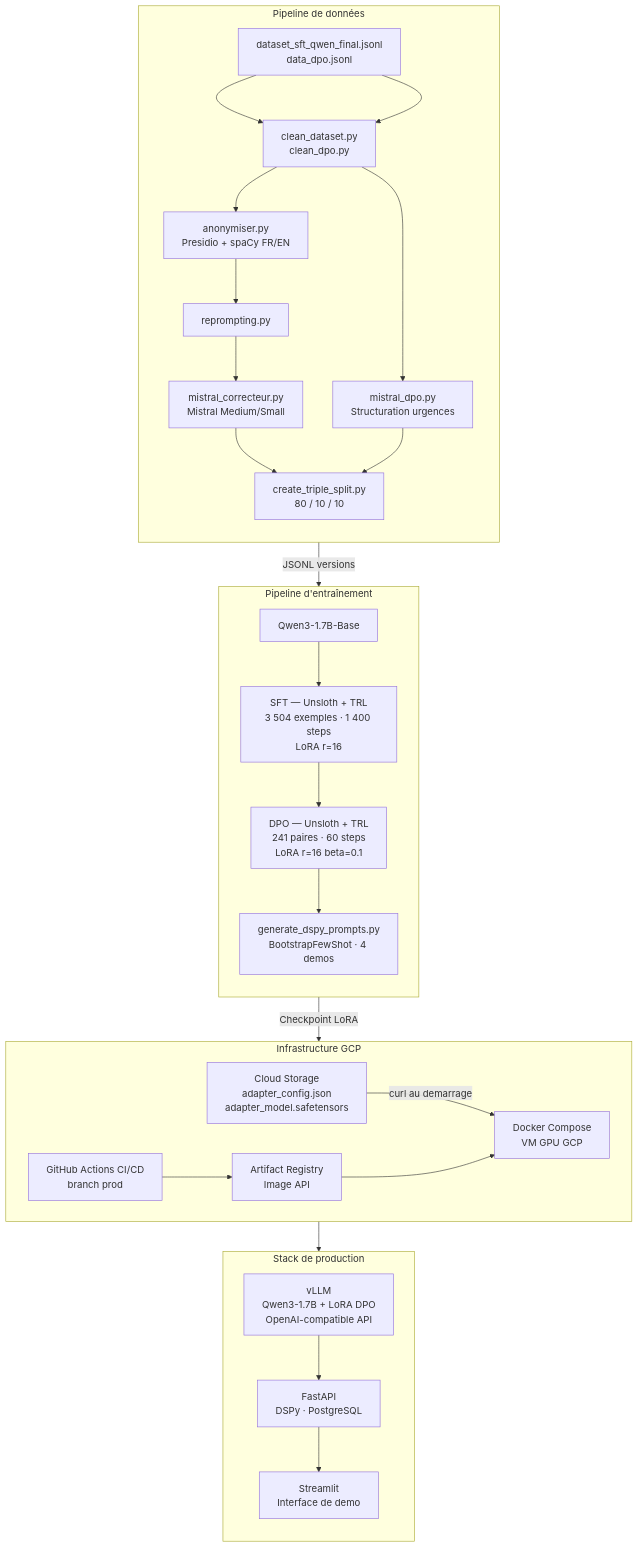
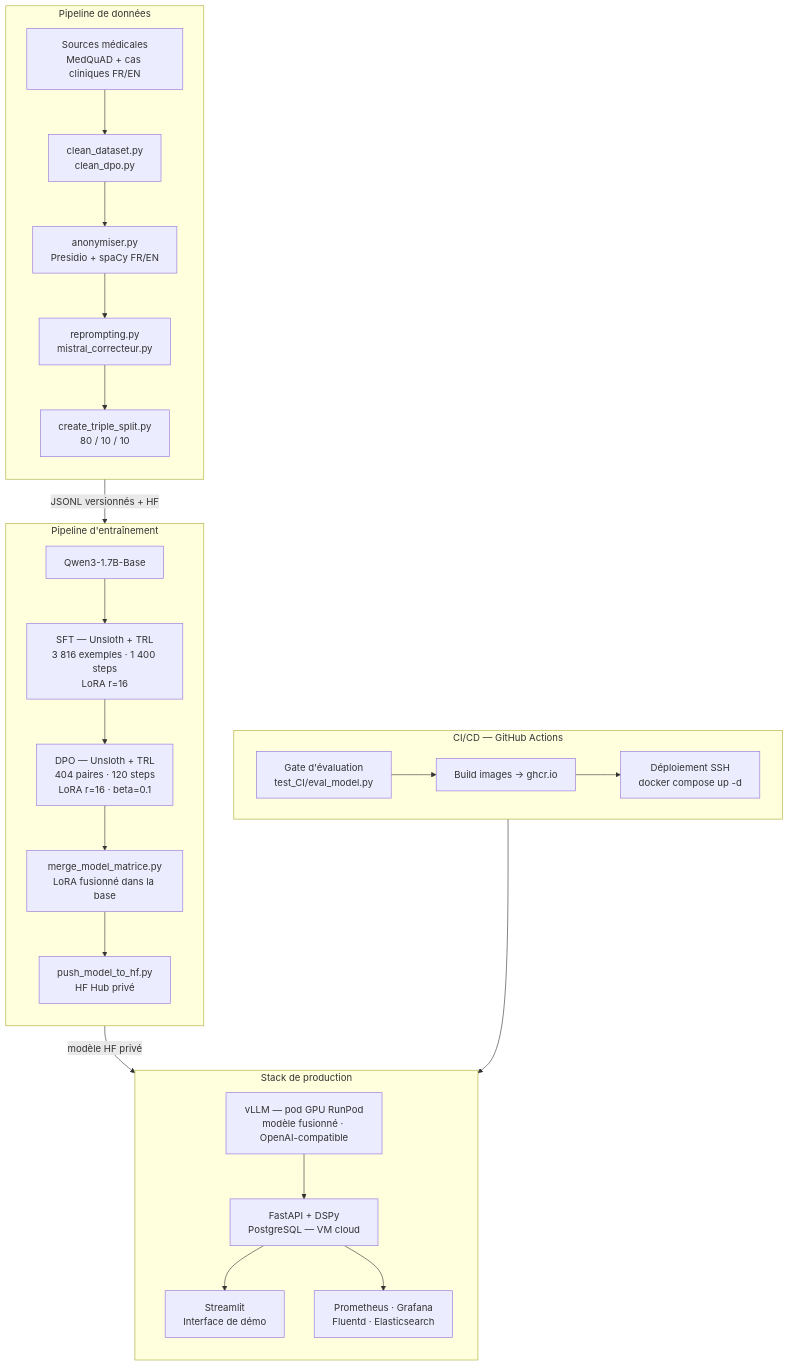
Before and after one commit to MarieSainte/triage-medical-chatbot: the diagram in README.md, drawn with Mermaid. The commit also changed other lines of this file, not shown here.

````diff
--- a/README.md
+++ b/README.md
@@ -9,45 +9,43 @@
 ```mermaid
 flowchart TD
     subgraph DATA["Pipeline de données"]
         direction TB
-        D1[dataset_sft_qwen_final.jsonl\ndata_dpo.jsonl]
+        D1[Sources médicales\nMedQuAD + cas cliniques FR/EN]
         D2[clean_dataset.py\nclean_dpo.py]
         D3[anonymiser.py\nPresidio + spaCy FR/EN]
-        D4[reprompting.py]
-        D5[mistral_correcteur.py\nMistral Medium/Small]
-        D6[mistral_dpo.py\nStructuration urgences]
-        D7[create_triple_split.py\n80 / 10 / 10]
-        D1 --> D2 --> D3 --> D4 --> D5 --> D7
-        D1 --> D2 --> D6 --> D7
+        D4[reprompting.py\nmistral_correcteur.py]
+        D5[create_triple_split.py\n80 / 10 / 10]
+        D1 --> D2 --> D3 --> D4 --> D5
     end
 
     subgraph TRAIN["Pipeline d'entraînement"]
         direction TB
         T1[Qwen3-1.7B-Base]
-        T2[SFT — Unsloth + TRL\n3 504 exemples · 1 400 steps\nLoRA r=16]
-        T3[DPO — Unsloth + TRL\n241 paires · 60 steps\nLoRA r=16  beta=0.1]
-        T4[generate_dspy_prompts.py\nBootstrapFewShot · 4 demos]
-        T1 --> T2 --> T3 --> T4
+        T2[SFT — Unsloth + TRL\n3 816 exemples · 1 400 steps\nLoRA r=16]
+        T3[DPO — Unsloth + TRL\n404 paires · 120 steps\nLoRA r=16 · beta=0.1]
+        T4[merge_model_matrice.py\nLoRA fusionné dans la base]
+        T5[push_model_to_hf.py\nHF Hub privé]
+        T1 --> T2 --> T3 --> T4 --> T5
     end
 
     subgraph SERVE["Stack de production"]
         direction TB
-        S1[vLLM\nQwen3-1.7B + LoRA DPO\nOpenAI-compatible API]
-        S2[FastAPI\nDSPy · PostgreSQL]
-        S3[Streamlit\nInterface de demo]
+        S1[vLLM — pod GPU RunPod\nmodèle fusionné · OpenAI-compatible]
+        S2[FastAPI + DSPy\nPostgreSQL — VM cloud]
+        S3[Streamlit\nInterface de démo]
+        S4[Prometheus · Grafana\nFluentd · Elasticsearch]
         S1 --> S2 --> S3
+        S2 --> S4
     end
 
-    subgraph INFRA["Infrastructure GCP"]
-        G1[Cloud Storage\nadapter_config.json\nadapter_model.safetensors]
-        G2[Docker Compose\nVM GPU GCP]
-        G3[Artifact Registry\nImage API]
-        G4[GitHub Actions CI/CD\nbranch prod]
-        G1 -->|curl au demarrage| G2
-        G4 --> G3 --> G2
+    subgraph CICD["CI/CD — GitHub Actions"]
+        C1[Gate d'évaluation\ntest_CI/eval_model.py]
+        C2[Build images → ghcr.io]
+        C3[Déploiement SSH\ndocker compose up -d]
+        C1 --> C2 --> C3
     end
 
-    DATA -->|JSONL versions| TRAIN
-    TRAIN -->|Checkpoint LoRA| INFRA
-    INFRA --> SERVE
+    DATA -->|JSONL versionnés + HF| TRAIN
+    TRAIN -->|modèle HF privé| SERVE
+    CICD --> SERVE
 ```
````
